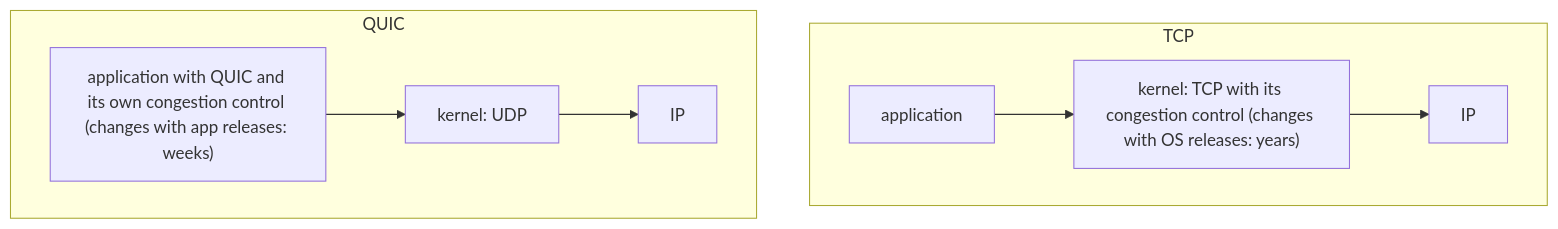
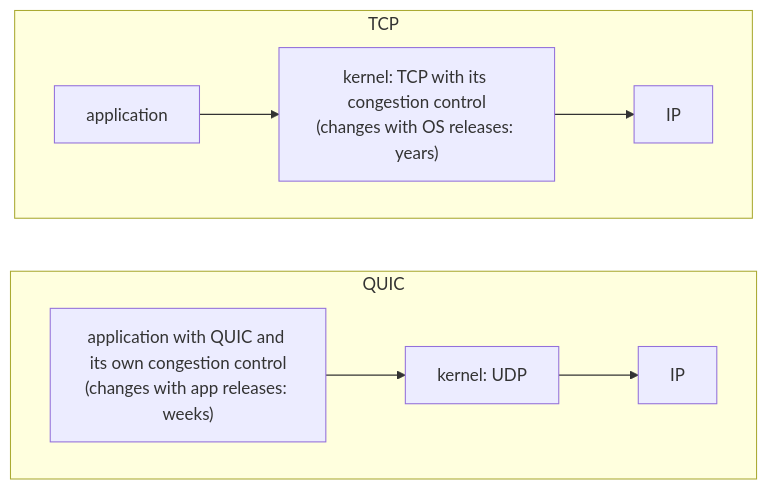
One commit to FahimMashroor/Chalmers_CSC changed diagram 32 of 34 in EDA387-Computer-Networks/04-TCP.md. Above: the diagram before and after it, drawn with Mermaid. The commit also changed other lines of this file, not shown here.

Commit message:
Rewrite 04 TCP in simple language with examples and diagrams

````diff
--- a/EDA387-Computer-Networks/04-TCP.md
+++ b/EDA387-Computer-Networks/04-TCP.md
@@ -897,11 +1248,12 @@
 ```mermaid
 flowchart TB
   subgraph tcp["TCP"]
-    app1["application"] --> k["kernel: TCP with its congestion control (changes with OS releases: years)"]
+    app1["application"] --> k["kernel: TCP with its congestion control<br/>(changes with OS releases: years)"]
     k --> ip1["IP"]
   end
   subgraph quic["QUIC"]
-    app2["application with QUIC and its own congestion control (changes with app releases: weeks)"] --> udp["kernel: UDP"]
+    app2["application with QUIC and its own congestion control<br/>(changes with app releases: weeks)"] --> udp["kernel: UDP"]
     udp --> ip2["IP"]
   end
+  tcp ~~~ quic
 ```
````
